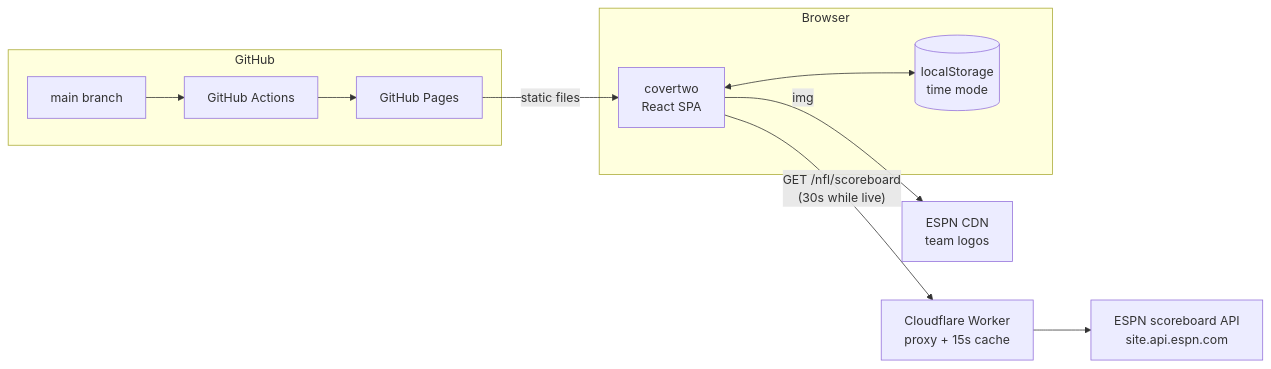
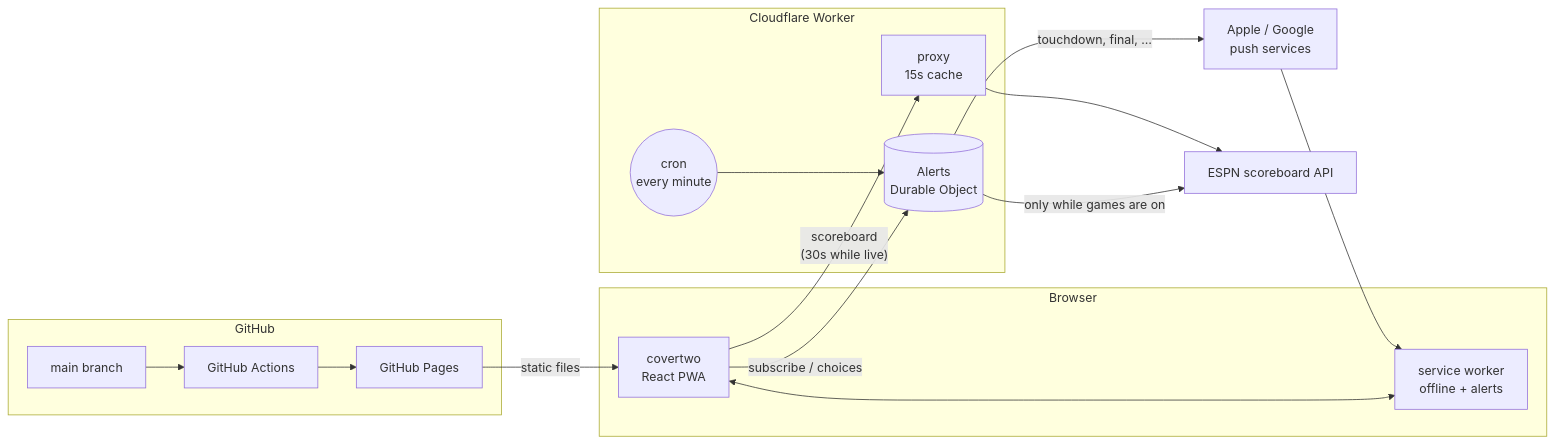
Before and after one commit to moudlajs/covertwo: the first of 3 diagrams in README.md, drawn with Mermaid. The commit also changed other lines of this file and 3 other files, not shown here.

First line of the commit message:
docs: README for launch: screenshots, features, alerts in the architecture (#236)

````diff
--- a/README.md
+++ b/README.md
@@ -21,18 +45,23 @@
 ```mermaid
 flowchart LR
   subgraph Browser
-    App[covertwo<br/>React SPA]
-    LS[(localStorage<br/>time mode)]
+    App[covertwo<br/>React PWA]
+    SW[service worker<br/>offline + alerts]
   end
-  Worker[Cloudflare Worker<br/>proxy + 15s cache]
-  ESPN[ESPN scoreboard API<br/>site.api.espn.com]
-  CDN[ESPN CDN<br/>team logos]
+  subgraph Worker[Cloudflare Worker]
+    Proxy[proxy<br/>15s cache]
+    Alerts[(Alerts<br/>Durable Object)]
+    Cron((cron<br/>every minute))
+  end
+  ESPN[ESPN scoreboard API]
+  Push[Apple / Google<br/>push services]
   subgraph GitHub
     Repo[main branch] --> Actions[GitHub Actions] --> Pages[GitHub Pages]
   end
   Pages -- static files --> App
-  App -- "GET /nfl/scoreboard<br/>(30s while live)" --> Worker
-  Worker --> ESPN
-  App -- img --> CDN
-  App <--> LS
+  App -- "scoreboard<br/>(30s while live)" --> Proxy --> ESPN
+  App -- "subscribe / choices" --> Alerts
+  Cron --> Alerts -- "only while games are on" --> ESPN
+  Alerts -- "touchdown, final, …" --> Push --> SW
+  App <--> SW
 ```
````
